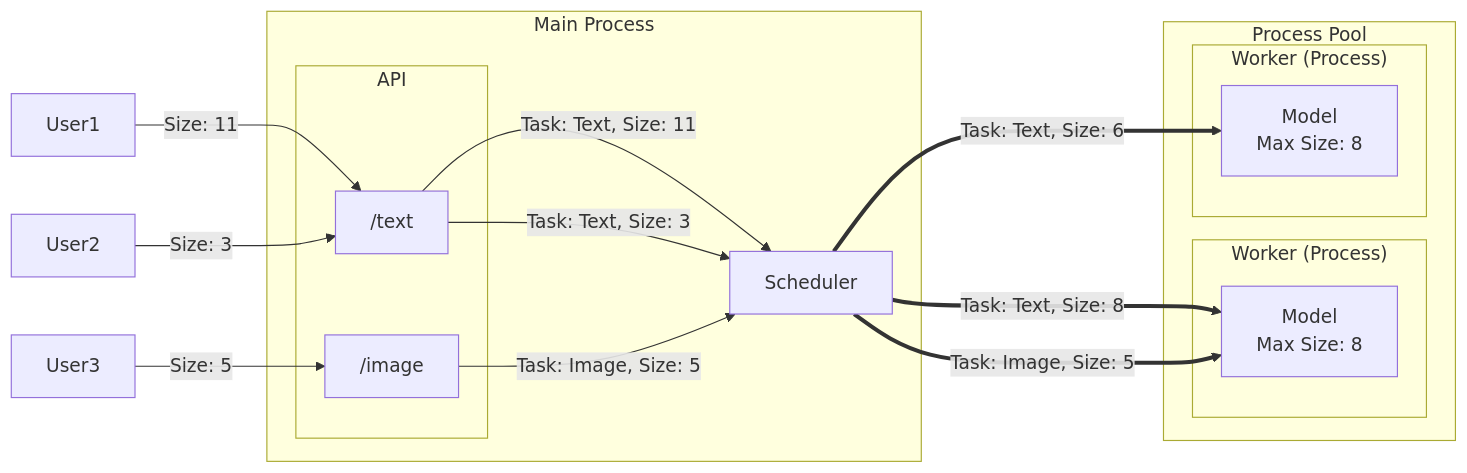
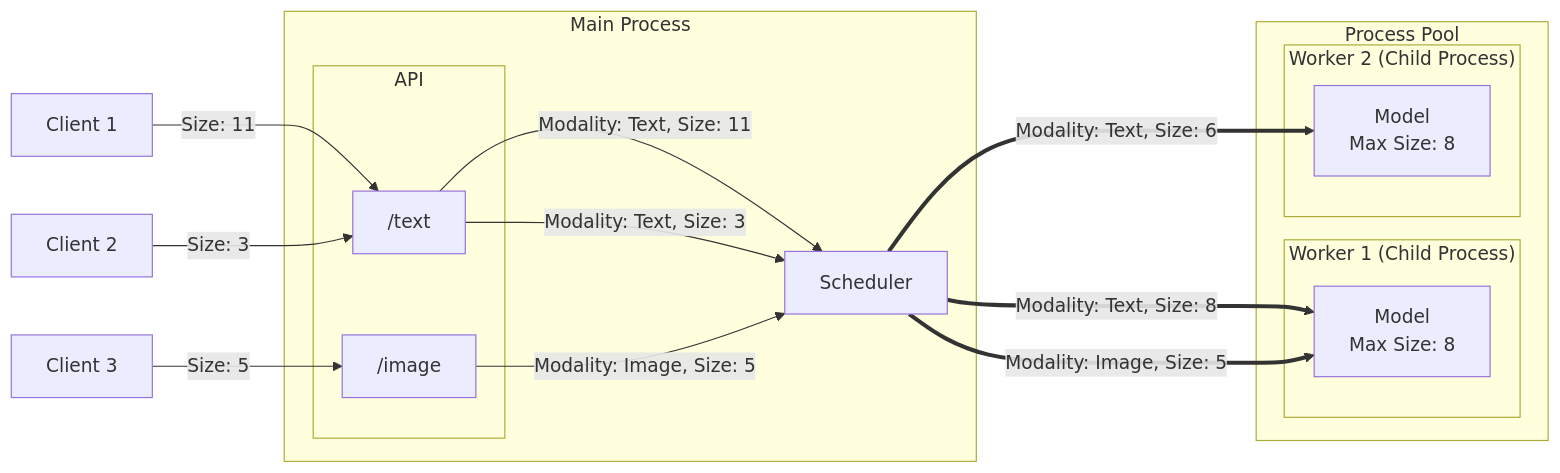
The diagram in README.md (Tobijes/inference-api), drawn with Mermaid before and after one commit. The commit also changed other lines of this file and 3 other files, not shown here.

````diff
--- a/README.md
+++ b/README.md
@@ -21,30 +32,30 @@
 ```mermaid
 flowchart LR;
 
 subgraph main["Main Process"]
     subgraph API["API"]
         E1["/text"]
         E2["/image"]
     end
     S["Scheduler"]
 end
 
 subgraph procpool["Process Pool"]
-    subgraph w1["Worker (Process)"]
+    subgraph w1["Worker 1 (Child Process)"]
         m1["Model<br>Max Size: 8"]
     end
-    subgraph w2["Worker (Process)"]
+    subgraph w2["Worker 2 (Child Process)"]
         m2["Model<br>Max Size: 8"]
     end
 end
 
-a["User1"] -- Size: 11 --> E1
-b["User2"] -- Size: 3 --> E1
-c["User3"] -- Size: 5 --> E2
-E1 -- Task: Text, Size: 11 --> S
-E1 -- Task: Text, Size: 3 --> S
-E2 -- Task: Image, Size: 5 --> S
-S == Task: Text, Size: 8 ==> m1
-S == Task: Image, Size: 5 ==> m1
-S == Task: Text, Size: 6 ==> m2
+a["Client 1"] -- Size: 11 --> E1
+b["Client 2"] -- Size: 3 --> E1
+c["Client 3"] -- Size: 5 --> E2
+E1 -- Modality: Text, Size: 11 --> S
+E1 -- Modality: Text, Size: 3 --> S
+E2 -- Modality: Image, Size: 5 --> S
+S == Modality: Text, Size: 8 ==> m1
+S == Modality: Image, Size: 5 ==> m1
+S == Modality: Text, Size: 6 ==> m2
 ```
````
